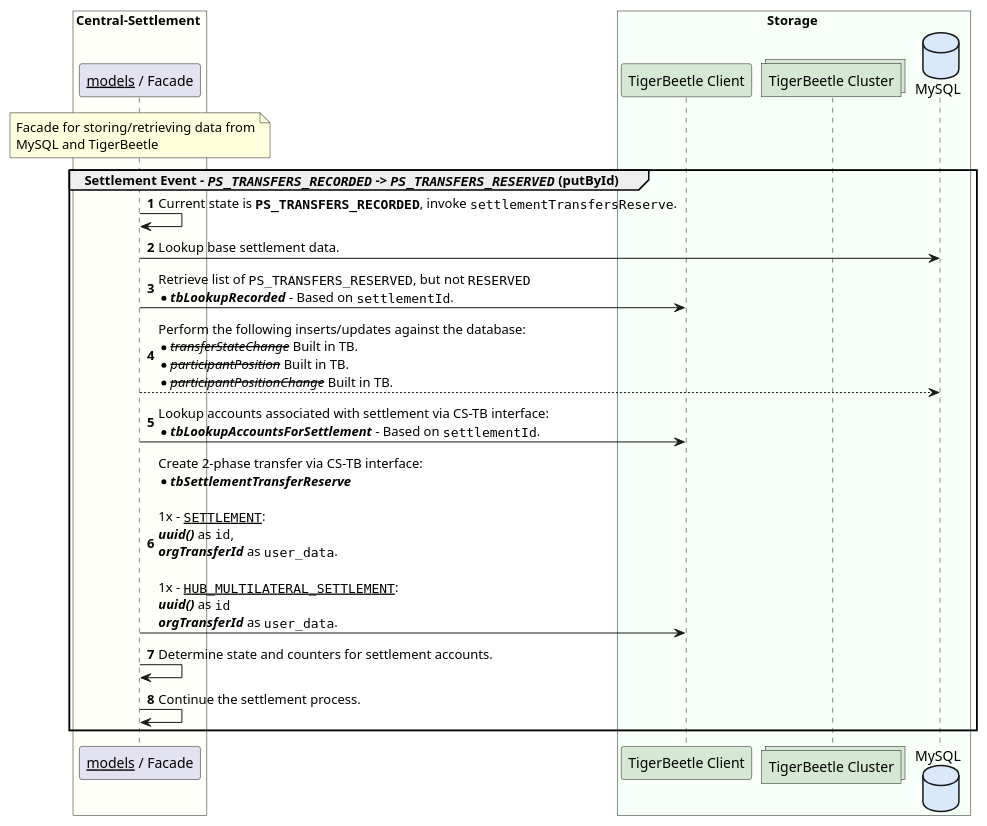
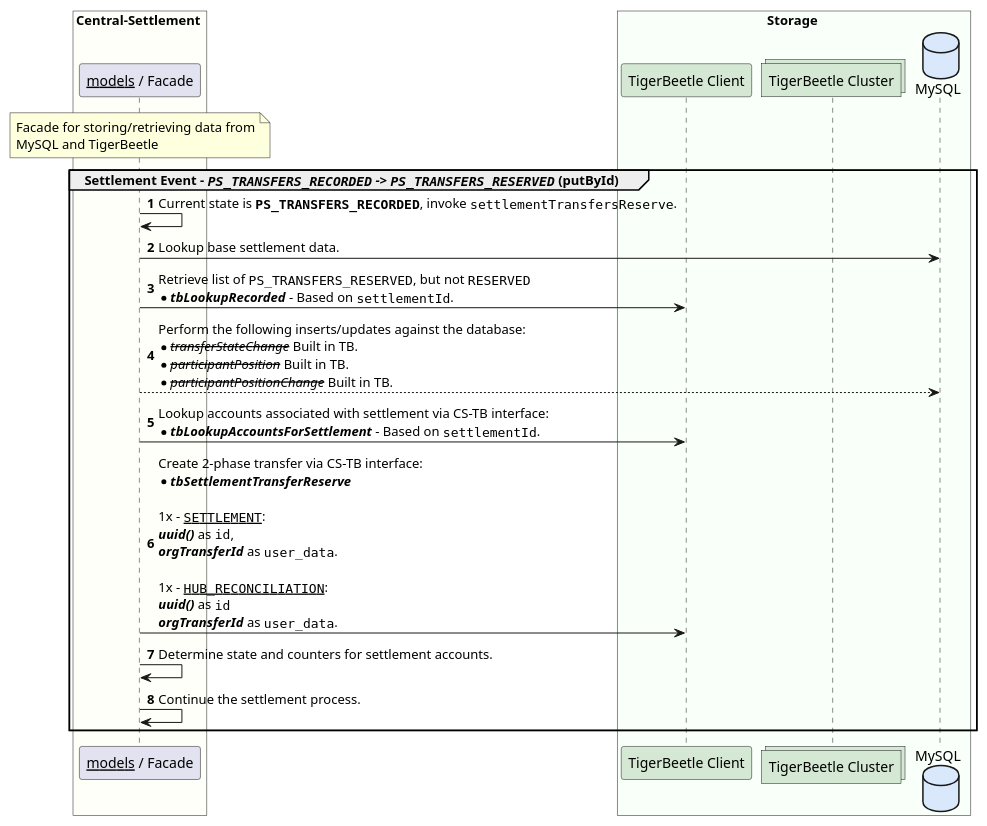
The diagram in solution_design/sequence-settlement-tb-enabled-update-by-id-02.puml (coilhq/mucoa), drawn with PlantUML before and after one commit. The commit also changed 3 other files, not shown here.

```diff
--- a/solution_design/sequence-settlement-tb-enabled-update-by-id-02.puml
+++ b/solution_design/sequence-settlement-tb-enabled-update-by-id-02.puml
@@ -1,30 +1,30 @@
 @startuml
 
 box Central-Settlement #FFFFF9
     participant "__models__ / Facade" as cs_facade
 
     note over cs_facade
         Facade for storing/retrieving data from
         MySQL and TigerBeetle
     end note
 end box
 
 box Storage #F9FFF9
 	participant "TigerBeetle Client" as tb_client #D5E8D4
 	collections "TigerBeetle Cluster" as tb_nodes #D5E8D4
 	database "MySQL" as cl_db #DAE8FC
 end box
 
 autonumber
 group Settlement Event - //""PS_TRANSFERS_RECORDED"" -> ""PS_TRANSFERS_RESERVED""// (putById)
     cs_facade -> cs_facade : Current state is **""PS_TRANSFERS_RECORDED""**, invoke ""settlementTransfersReserve"".
     cs_facade -> cl_db : Lookup base settlement data.
     cs_facade -> tb_client : Retrieve list of ""PS_TRANSFERS_RESERVED"", but not ""RESERVED""\n*//**tbLookupRecorded**// - Based on ""settlementId"".
     cs_facade --> cl_db : Perform the following inserts/updates against the database:\n*--//transferStateChange//-- Built in TB.\n*--//participantPosition//-- Built in TB.\n*--//participantPositionChange//-- Built in TB.
     cs_facade -> tb_client : Lookup accounts associated with settlement via CS-TB interface:\n*//**tbLookupAccountsForSettlement**// - Based on ""settlementId"".
-    cs_facade -> tb_client : Create 2-phase transfer via CS-TB interface:\n*//**tbSettlementTransferReserve**//\n\n1x - __""SETTLEMENT""__:\n**//uuid()//** as ""id"",\n**//orgTransferId//** as ""user_data"".\n\n1x - __""HUB_MULTILATERAL_SETTLEMENT""__:\n**//uuid()//** as ""id""\n**//orgTransferId//** as ""user_data"".
+    cs_facade -> tb_client : Create 2-phase transfer via CS-TB interface:\n*//**tbSettlementTransferReserve**//\n\n1x - __""SETTLEMENT""__:\n**//uuid()//** as ""id"",\n**//orgTransferId//** as ""user_data"".\n\n1x - __""HUB_RECONCILIATION""__:\n**//uuid()//** as ""id""\n**//orgTransferId//** as ""user_data"".
     cs_facade -> cs_facade : Determine state and counters for settlement accounts.
     cs_facade -> cs_facade : Continue the settlement process.
 end
 
 @enduml
```
